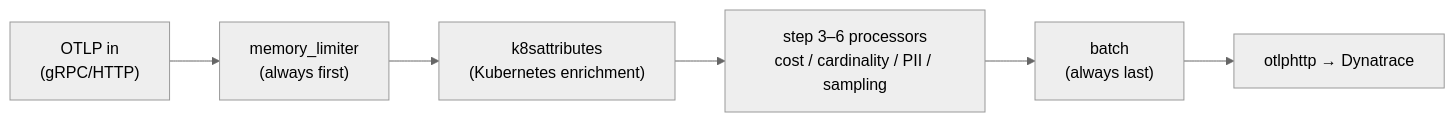
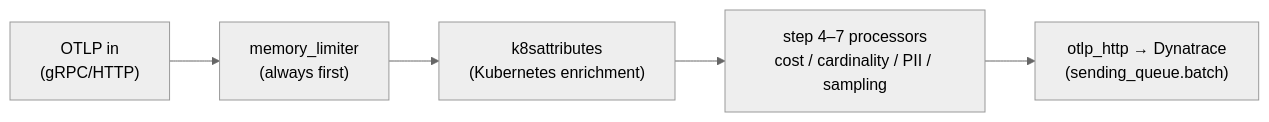
Before and after one commit to henrikrexed/Otel-Training: the third of 3 diagrams in docs-site/advanced/environment.md, drawn with Mermaid (neutral theme). The commit also changed other lines of this file and 110 other files, not shown here.

````diff
--- a/docs-site/advanced/environment.md
+++ b/docs-site/advanced/environment.md
@@ -57,8 +110,7 @@
 ```mermaid
 flowchart LR
   otlp["OTLP in<br/>(gRPC/HTTP)"] --> ml["memory_limiter<br/>(always first)"]
   ml --> k8s["k8sattributes<br/>(Kubernetes enrichment)"]
-  k8s --> mid["step 3–6 processors<br/>cost / cardinality / PII / sampling"]
-  mid --> batch["batch<br/>(always last)"]
-  batch --> dtx["otlphttp → Dynatrace"]
+  k8s --> mid["step 4–7 processors<br/>cost / cardinality / PII / sampling"]
+  mid --> dtx["otlp_http → Dynatrace<br/>(sending_queue.batch)"]
 ```
````
